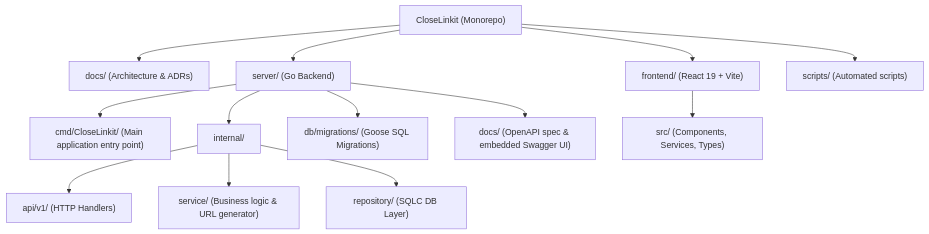
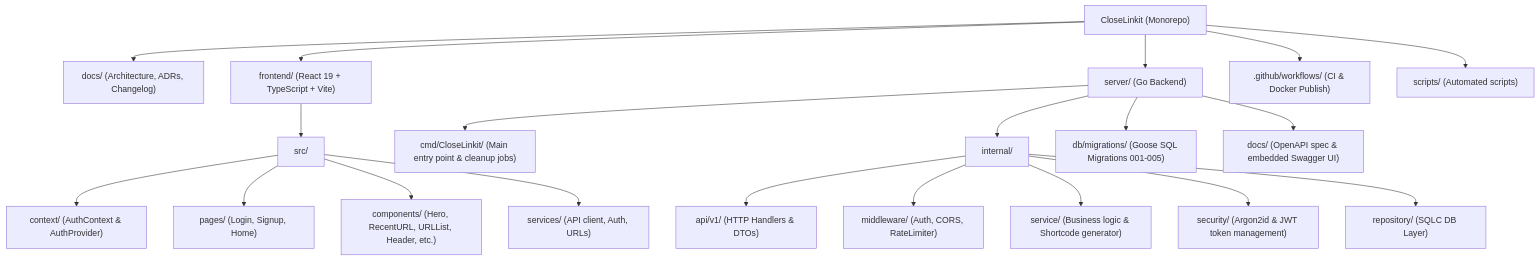
Before and after one commit to JorgeLR0610/CloseLinkit: the first of 2 diagrams in README.md, drawn with Mermaid. The commit also changed other lines of this file and 4 other files, not shown here.

Commit message:
docs: update README, architecture, and changelog for v0.3.0 with new authentication features and URL management

````diff
--- a/README.md
+++ b/README.md
@@ -38,18 +43,25 @@
 ```mermaid
 graph TD
     Root["CloseLinkit (Monorepo)"]
-    Root --> Docs["docs/ (Architecture & ADRs)"]
-    Root --> Frontend["frontend/ (React 19 + Vite)"]
+    Root --> Docs["docs/ (Architecture, ADRs, Changelog)"]
+    Root --> Frontend["frontend/ (React 19 + TypeScript + Vite)"]
     Root --> Server["server/ (Go Backend)"]
+    Root --> Workflows[".github/workflows/ (CI & Docker Publish)"]
     Root --> Scripts["scripts/ (Automated scripts)"]
     
-    Server --> Cmd["cmd/CloseLinkit/ (Main application entry point)"]
+    Server --> Cmd["cmd/CloseLinkit/ (Main entry point & cleanup jobs)"]
     Server --> Internal["internal/"]
-    Internal --> API["api/v1/ (HTTP Handlers)"]
-    Internal --> Service["service/ (Business logic & URL generator)"]
+    Internal --> API["api/v1/ (HTTP Handlers & DTOs)"]
+    Internal --> Middleware["middleware/ (Auth, CORS, RateLimiter)"]
+    Internal --> Service["service/ (Business logic & Shortcode generator)"]
+    Internal --> Security["security/ (Argon2id & JWT token management)"]
     Internal --> Repo["repository/ (SQLC DB Layer)"]
-    Server --> DB["db/migrations/ (Goose SQL Migrations)"]
+    Server --> DB["db/migrations/ (Goose SQL Migrations 001-005)"]
     Server --> ServerDocs["docs/ (OpenAPI spec & embedded Swagger UI)"]
 
-    Frontend --> Src["src/ (Components, Services, Types)"]
+    Frontend --> Src["src/"]
+    Src --> Context["context/ (AuthContext & AuthProvider)"]
+    Src --> Pages["pages/ (Login, Signup, Home)"]
+    Src --> Components["components/ (Hero, RecentURL, URLList, Header, etc.)"]
+    Src --> Services["services/ (API client, Auth, URLs)"]
 ```
````
